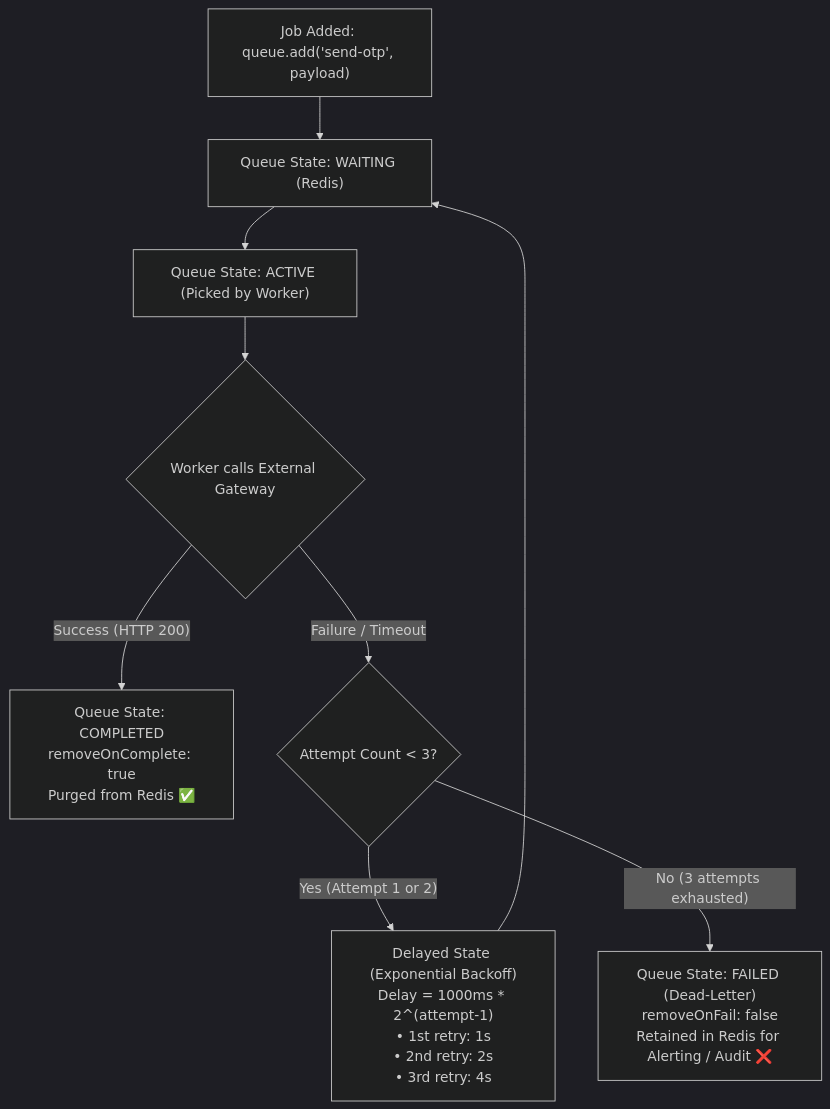
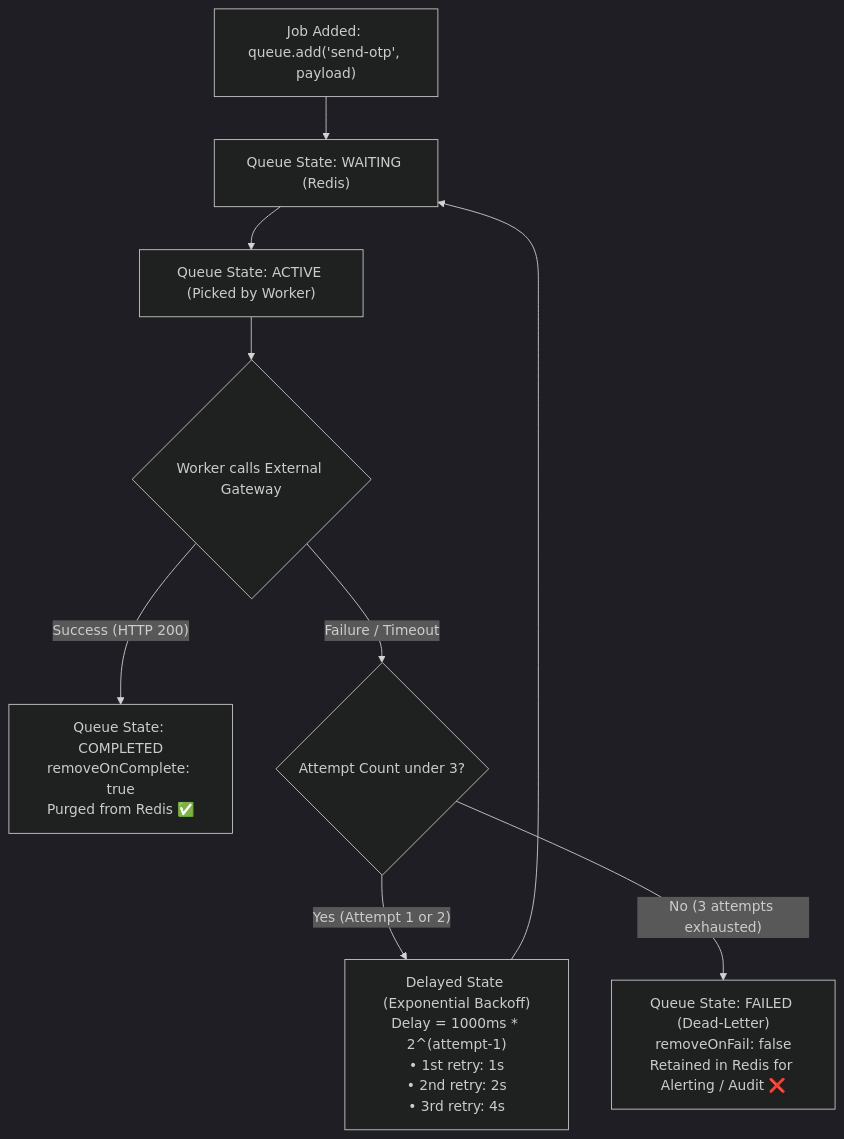
Diagram 20 of 23 in docs/DESIGN.md (devhenode/Banking-API), drawn with Mermaid (dark theme) before and after one commit. The commit also changed other lines of this file, not shown here.

Commit message:
fix(docs): fix Mermaid diagram syntax errors for GitHub rendering

````diff
--- a/docs/DESIGN.md
+++ b/docs/DESIGN.md
@@ -853,15 +853,15 @@
 ```mermaid
 flowchart TD
     Init["Job Added: queue.add('send-otp', payload)"] --> Waiting["Queue State: WAITING (Redis)"]
     Waiting --> Active["Queue State: ACTIVE (Picked by Worker)"]
     Active --> Exec{"Worker calls External Gateway"}
 
     Exec -- "Success (HTTP 200)" --> Completed["Queue State: COMPLETED<br/>removeOnComplete: true<br/>Purged from Redis ✅"]
     
-    Exec -- "Failure / Timeout" --> RetryCheck{"Attempt Count &lt; 3?"}
+    Exec -- "Failure / Timeout" --> RetryCheck{"Attempt Count under 3?"}
     
     RetryCheck -- "Yes (Attempt 1 or 2)" --> Delay["Delayed State (Exponential Backoff)<br/>Delay = 1000ms * 2^(attempt-1)<br/>• 1st retry: 1s<br/>• 2nd retry: 2s<br/>• 3rd retry: 4s"]
     Delay --> Waiting
     
     RetryCheck -- "No (3 attempts exhausted)" --> Failed["Queue State: FAILED (Dead-Letter)<br/>removeOnFail: false<br/>Retained in Redis for Alerting / Audit ❌"]
 ```
````
